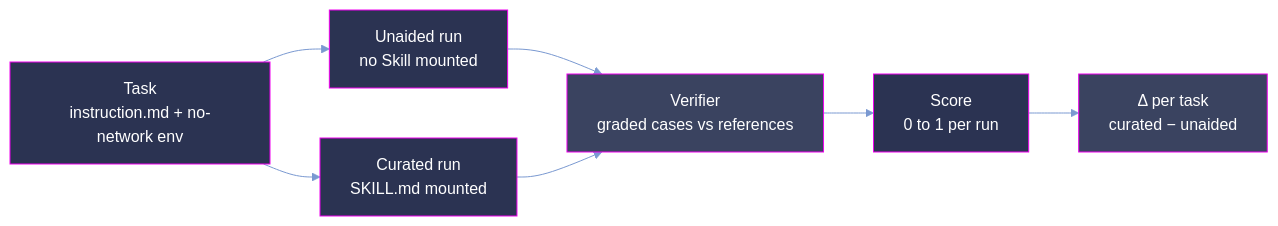
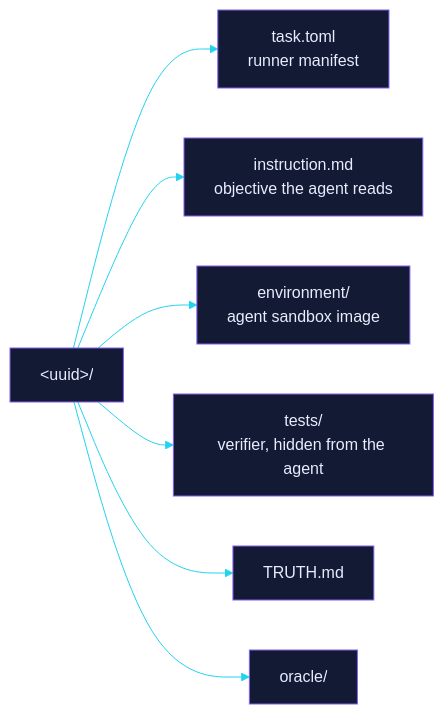
The first of 2 diagrams in README.md (EtharaLabs/erza-samples), drawn with Mermaid before and after one commit. The commit also changed other lines of this file and 1 other file, not shown here.

````diff
--- a/README.md
+++ b/README.md
@@ -371,14 +128,11 @@
 ```mermaid
-%%{init: {'theme':'base','themeVariables':{'primaryColor':'#2b3352','primaryTextColor':'#ffffff','primaryBorderColor':'#7a99d1','lineColor':'#7a99d1','fontFamily':'DM Sans, Roboto, Segoe UI, sans-serif'}}}%%
+%%{init: {"theme":"base","themeVariables":{"primaryColor":"#131a33","primaryTextColor":"#e8ecff","primaryBorderColor":"#845EF7","lineColor":"#22d3ee","fontFamily":"monospace"}}}%%
 flowchart LR
-  A["Task<br/>instruction.md + no-network env"] --> B["Unaided run<br/>no Skill mounted"]
-  A --> C["Curated run<br/>SKILL.md mounted"]
-  B --> D["Verifier<br/>graded cases vs references"]
-  C --> D
-  D --> E["Score<br/>0 to 1 per run"]
-  E --> F["Δ per task<br/>curated − unaided"]
-  classDef node fill:#2b3352,stroke:#ee00ee,color:#ffffff;
-  classDef gate fill:#3a4360,stroke:#ee00ee,color:#ffffff;
-  class A,B,C,E node;
-  class D,F gate;
+    bundle["&lt;uuid&gt;/"]
+    bundle --> n0["task.toml<br/>runner manifest"]
+    bundle --> n1["instruction.md<br/>objective the agent reads"]
+    bundle --> n2["environment/<br/>agent sandbox image"]
+    bundle --> n3["tests/<br/>verifier, hidden from the agent"]
+    bundle --> n4["TRUTH.md"]
+    bundle --> n5["oracle/"]
 ```
````
